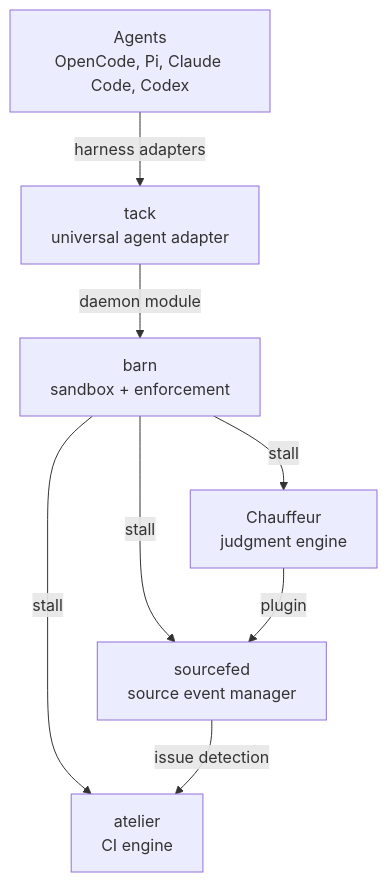
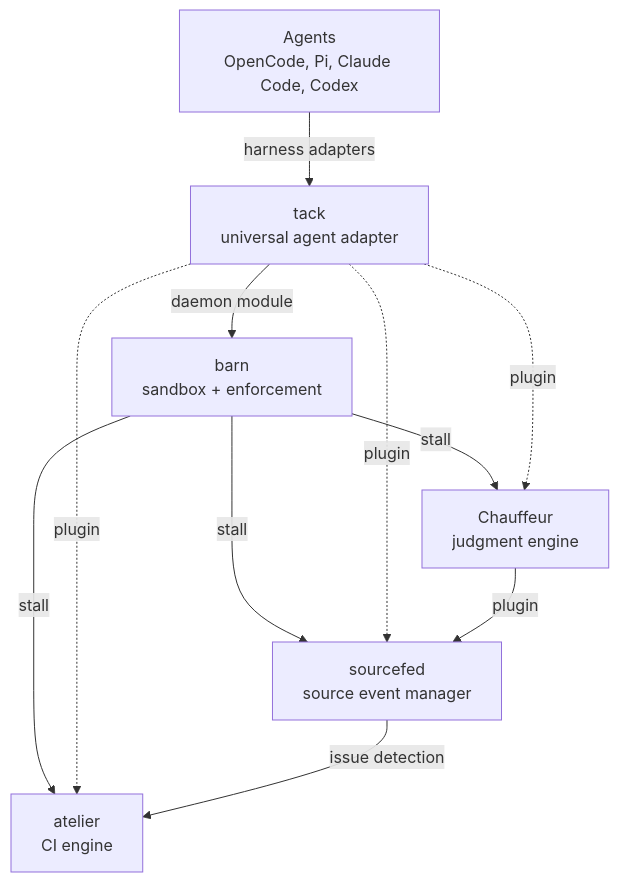
One commit to wrkhse/workhorse changed the second of 2 diagrams in PHILOSOPHY.md. Above: the diagram before and after it, drawn with Mermaid. The commit also changed other lines of this file, not shown here.

Commit message:
docs(philosophy): show the tack plugin edges and atelier's role plugins

````diff
--- a/PHILOSOPHY.md
+++ b/PHILOSOPHY.md
@@ -81,10 +81,13 @@
 ```mermaid
 flowchart TB
     A["Agents<br/>OpenCode, Pi, Claude Code, Codex"] -->|"harness adapters"| T["tack<br/>universal agent adapter"]
     T -->|"daemon module"| B["barn<br/>sandbox + enforcement"]
     B -->|"stall"| SF["sourcefed<br/>source event manager"]
     B -->|"stall"| CH["Chauffeur<br/>judgment engine"]
     B -->|"stall"| AT["atelier<br/>CI engine"]
+    T -.->|"plugin"| SF
+    T -.->|"plugin"| CH
+    T -.->|"plugin"| AT
     CH -->|"plugin"| SF
     SF -->|"issue detection"| AT
 ```
````
